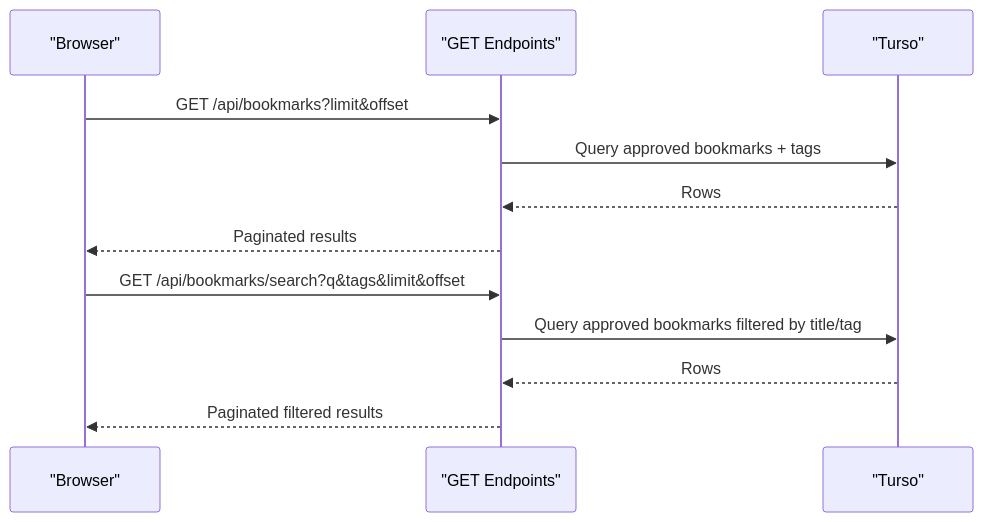
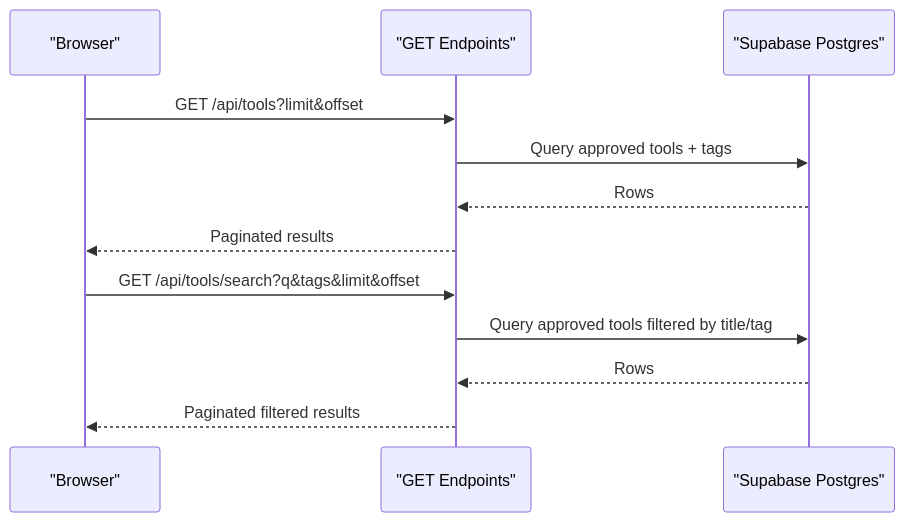
One commit to schalkneethling/makerbench-next changed the third of 4 diagrams in docs/architecture.md. Above: the diagram before and after it, drawn with Mermaid. The commit also changed other lines of this file and 27 other files, not shown here.

````diff
--- a/docs/architecture.md
+++ b/docs/architecture.md
@@ -92,16 +98,16 @@
 ```mermaid
 sequenceDiagram
     participant Browser as "Browser"
     participant API as "GET Endpoints"
-    participant DB as "Turso"
+    participant DB as "Supabase Postgres"
 
-    Browser->>API: GET /api/bookmarks?limit&offset
-    API->>DB: Query approved bookmarks + tags
+    Browser->>API: GET /api/tools?limit&offset
+    API->>DB: Query approved tools + tags
     DB-->>API: Rows
     API-->>Browser: Paginated results
 
-    Browser->>API: GET /api/bookmarks/search?q&tags&limit&offset
-    API->>DB: Query approved bookmarks filtered by title/tag
+    Browser->>API: GET /api/tools/search?q&tags&limit&offset
+    API->>DB: Query approved tools filtered by title/tag
     DB-->>API: Rows
     API-->>Browser: Paginated filtered results
 ```
````
